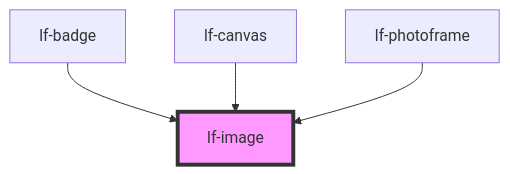
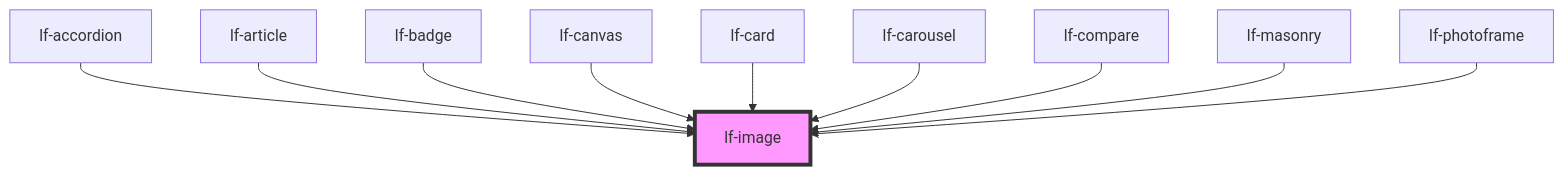
One commit to lucafoscili/lf-widgets changed the diagram in packages/core/src/components/lf-image/readme.md. Above: the diagram before and after it, drawn with Mermaid. The commit also changed other lines of this file and 31 other files, not shown here.

````diff
--- a/packages/core/src/components/lf-image/readme.md
+++ b/packages/core/src/components/lf-image/readme.md
@@ -104,7 +110,13 @@
 ```mermaid
 graph TD;
+  lf-accordion --> lf-image
+  lf-article --> lf-image
   lf-badge --> lf-image
   lf-canvas --> lf-image
+  lf-card --> lf-image
+  lf-carousel --> lf-image
+  lf-compare --> lf-image
+  lf-masonry --> lf-image
   lf-photoframe --> lf-image
   style lf-image fill:#f9f,stroke:#333,stroke-width:4px
 ```
````
